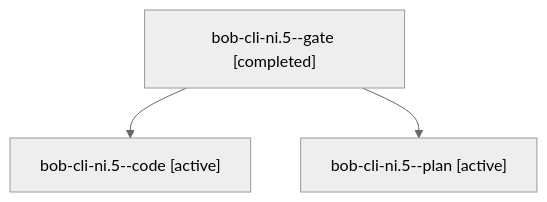
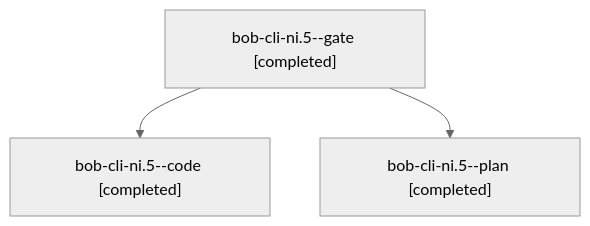
Before and after one commit to bobs-org/bob-cli--agents: the diagram in sessions/bbugyi200.apollo.bob-cli-ni.5.md, drawn with Mermaid (neutral theme). The commit also changed other lines of this file and 191 other files, not shown here.

````diff
--- a/sessions/bbugyi200.apollo.bob-cli-ni.5.md
+++ b/sessions/bbugyi200.apollo.bob-cli-ni.5.md
@@ -9,8 +9,8 @@
 ```mermaid
 flowchart TD
   n0["bob-cli-ni.5--gate [completed]"]
-  n1["bob-cli-ni.5--code [active]"]
+  n1["bob-cli-ni.5--code [completed]"]
   n0 --> n1
-  n2["bob-cli-ni.5--plan [active]"]
+  n2["bob-cli-ni.5--plan [completed]"]
   n0 --> n2
 ```
````
